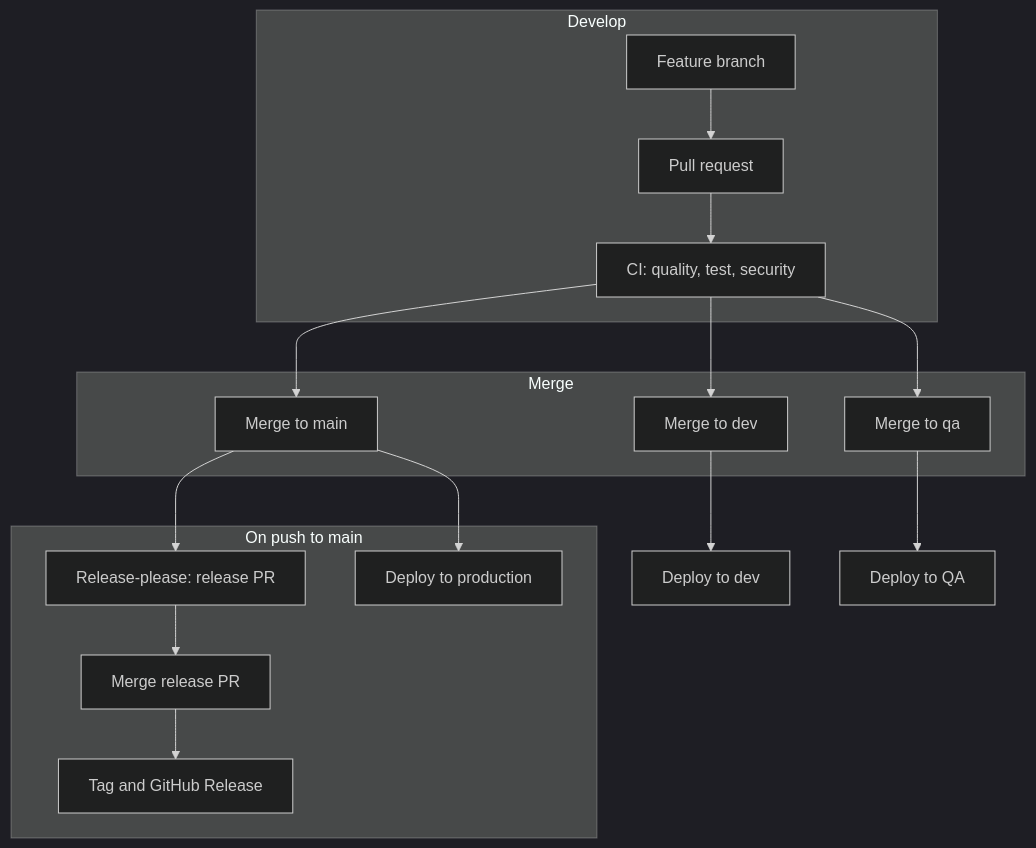
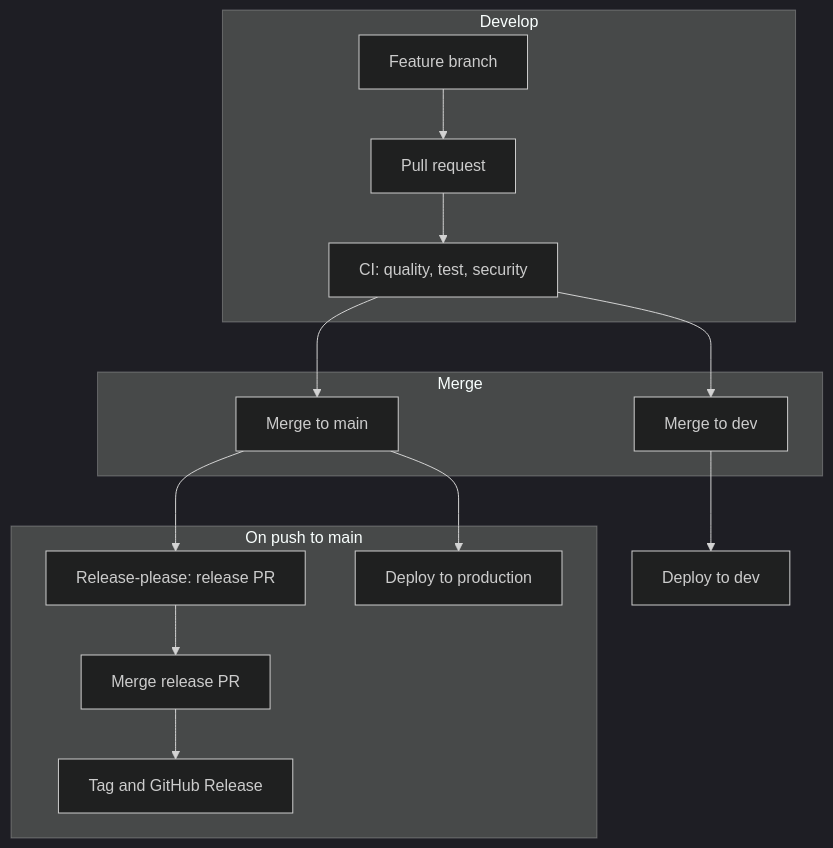
Before and after one commit to nikunjmavani/core-be: the fourth of 7 diagrams in docs/deployment/ci-cd/cicd-and-deployment.md, drawn with Mermaid (dark theme). The commit also changed other lines of this file and 145 other files, not shown here.

````diff
--- a/docs/deployment/ci-cd/cicd-and-deployment.md
+++ b/docs/deployment/ci-cd/cicd-and-deployment.md
@@ -176,31 +171,28 @@
 ```mermaid
 flowchart TB
   subgraph develop [Develop]
     Feature[Feature branch]
     PR[Pull request]
     CI[CI: quality, test, security]
     Feature --> PR --> CI
   end
 
   subgraph merge [Merge]
     DevMerge[Merge to dev]
-    QaMerge[Merge to qa]
     MainMerge[Merge to main]
   end
 
   subgraph on_main [On push to main]
     ReleasePlease[Release-please: release PR]
     MergeReleasePR[Merge release PR]
     TagRelease[Tag and GitHub Release]
     DeployProd[Deploy to production]
     ReleasePlease --> MergeReleasePR --> TagRelease
     MainMerge --> ReleasePlease
     MainMerge --> DeployProd
   end
 
   CI --> DevMerge
-  CI --> QaMerge
   CI --> MainMerge
   DevMerge --> DeployDev[Deploy to dev]
-  QaMerge --> DeployQa[Deploy to QA]
 ```
````
